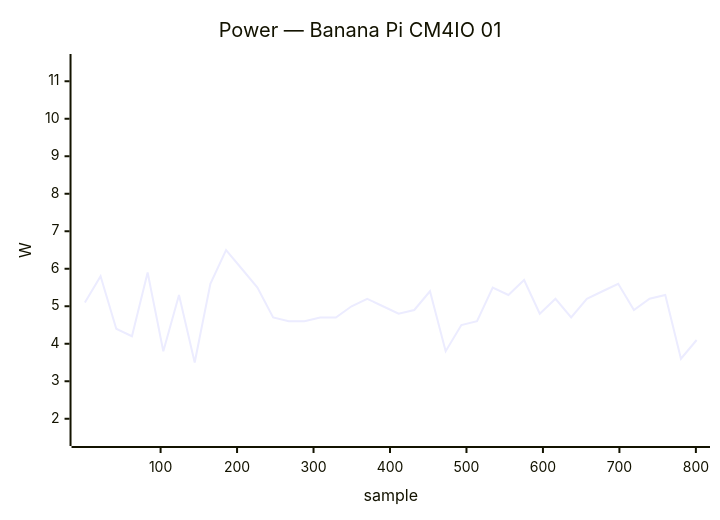
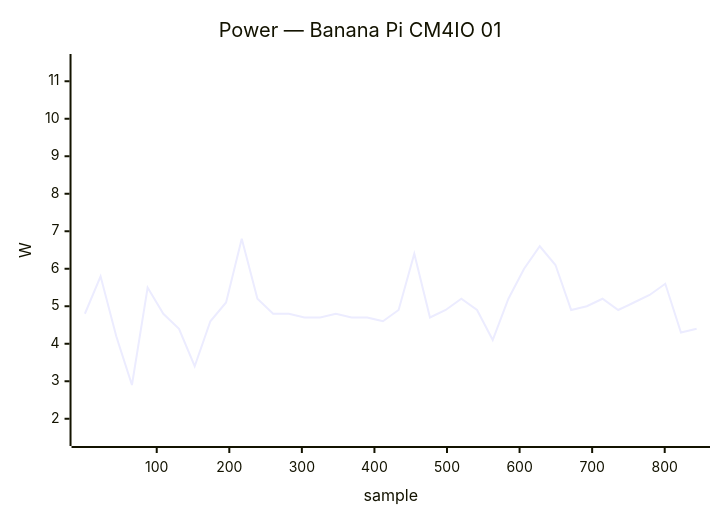
The tenth of 50 diagrams in docs/status/board-tests.md (armbian/documentation), drawn with Mermaid before and after one commit. The commit also changed other lines of this file, not shown here.

````diff
--- a/docs/status/board-tests.md
+++ b/docs/status/board-tests.md
@@ -508,7 +567,7 @@
 ```mermaid
 xychart-beta
     title "Power — Banana Pi CM4IO 01"
-    x-axis "sample" 1 --> 801
+    x-axis "sample" 1 --> 844
     y-axis "W" 1.5 --> 11.5
-    line [5.1, 5.8, 4.4, 4.2, 5.9, 3.8, 5.3, 3.5, 5.6, 6.5, 6.0, 5.5, 4.7, 4.6, 4.6, 4.7, 4.7, 5.0, 5.2, 5.0, 4.8, 4.9, 5.4, 3.8, 4.5, 4.6, 5.5, 5.3, 5.7, 4.8, 5.2, 4.7, 5.2, 5.4, 5.6, 4.9, 5.2, 5.3, 3.6, 4.1]
+    line [4.8, 5.8, 4.2, 2.9, 5.5, 4.8, 4.4, 3.4, 4.6, 5.1, 6.8, 5.2, 4.8, 4.8, 4.7, 4.7, 4.8, 4.7, 4.7, 4.6, 4.9, 6.4, 4.7, 4.9, 5.2, 4.9, 4.1, 5.2, 6.0, 6.6, 6.1, 4.9, 5.0, 5.2, 4.9, 5.1, 5.3, 5.6, 4.3, 4.4]
 ```
````
